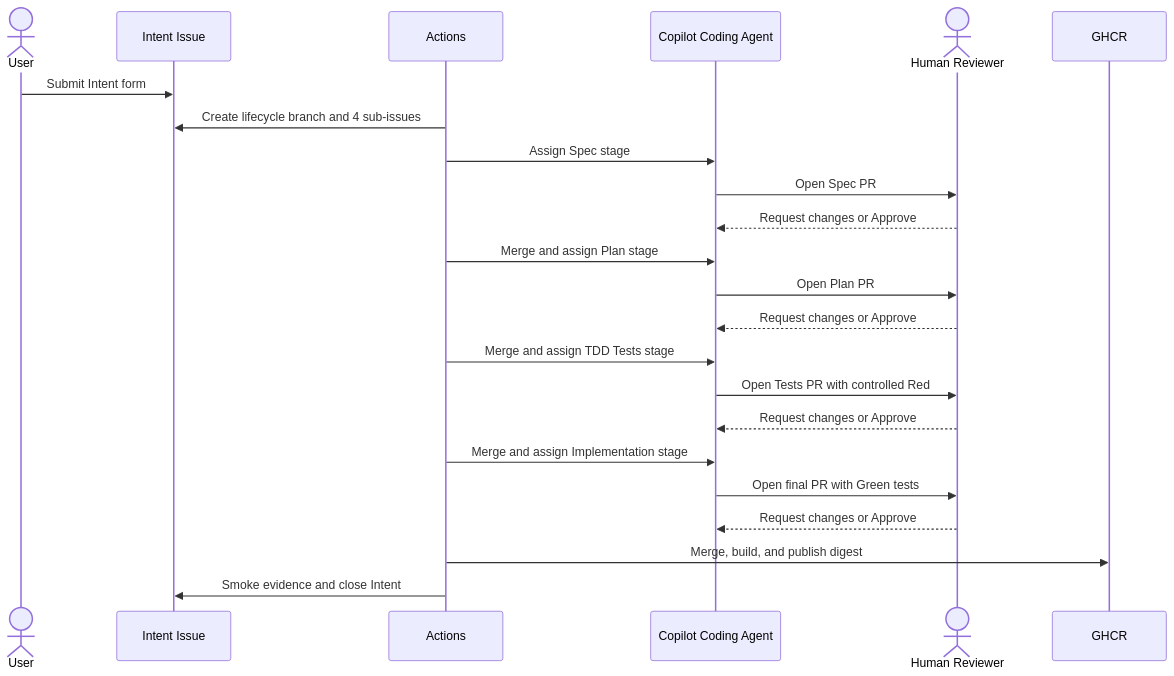
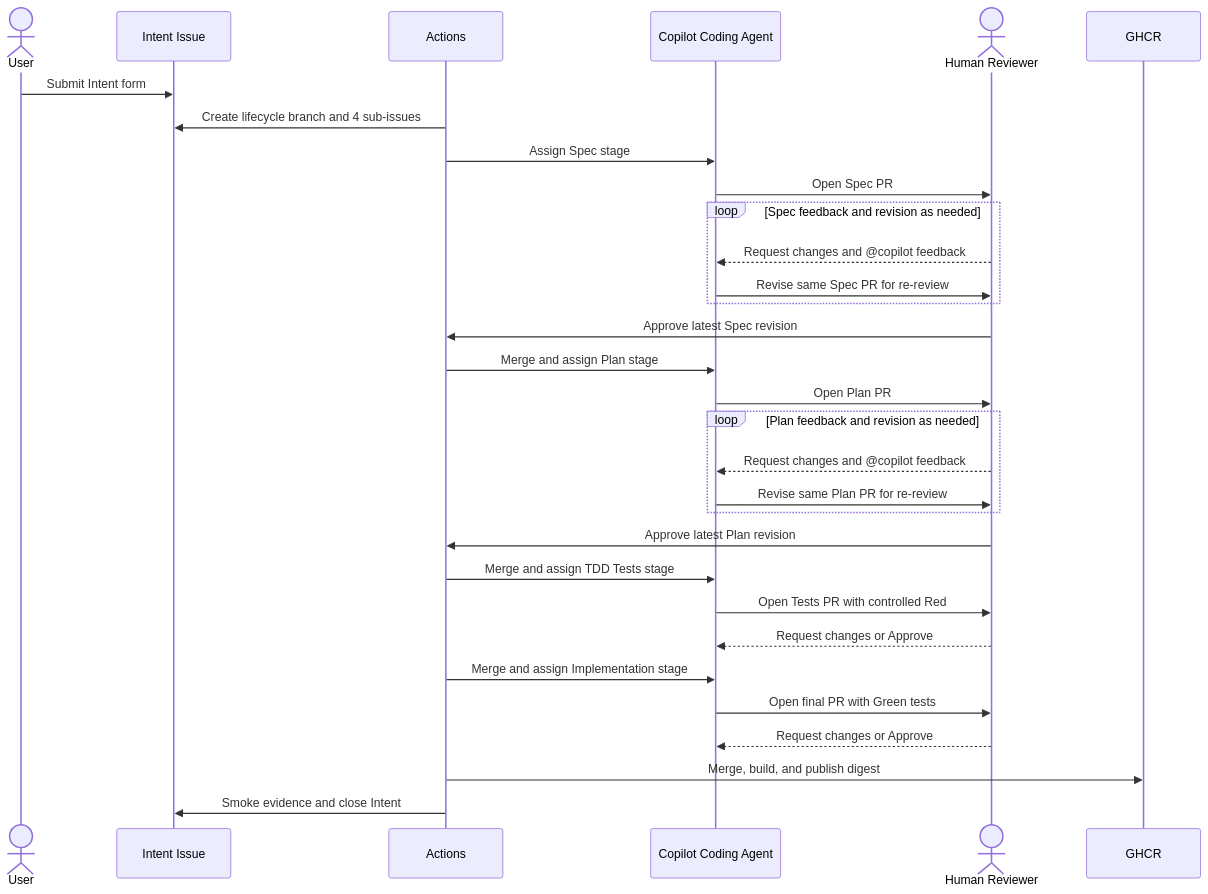
The diagram in docs/brownfield-human-gated-delivery.md (huangyingting/ai-native-sdlc), drawn with Mermaid before and after one commit. The commit also changed other lines of this file and 7 other files, not shown here.

````diff
--- a/docs/brownfield-human-gated-delivery.md
+++ b/docs/brownfield-human-gated-delivery.md
@@ -18,26 +23,34 @@
 ```mermaid
 sequenceDiagram
     actor User
     participant Issue as Intent Issue
     participant Actions
     participant Copilot as Copilot Coding Agent
     actor Reviewer as Human Reviewer
     participant GHCR
 
     User->>Issue: Submit Intent form
     Actions->>Issue: Create lifecycle branch and 4 sub-issues
     Actions->>Copilot: Assign Spec stage
     Copilot->>Reviewer: Open Spec PR
-    Reviewer-->>Copilot: Request changes or Approve
+    loop Spec feedback and revision as needed
+        Reviewer-->>Copilot: Request changes and @copilot feedback
+        Copilot->>Reviewer: Revise same Spec PR for re-review
+    end
+    Reviewer->>Actions: Approve latest Spec revision
     Actions->>Copilot: Merge and assign Plan stage
     Copilot->>Reviewer: Open Plan PR
-    Reviewer-->>Copilot: Request changes or Approve
+    loop Plan feedback and revision as needed
+        Reviewer-->>Copilot: Request changes and @copilot feedback
+        Copilot->>Reviewer: Revise same Plan PR for re-review
+    end
+    Reviewer->>Actions: Approve latest Plan revision
     Actions->>Copilot: Merge and assign TDD Tests stage
     Copilot->>Reviewer: Open Tests PR with controlled Red
     Reviewer-->>Copilot: Request changes or Approve
     Actions->>Copilot: Merge and assign Implementation stage
     Copilot->>Reviewer: Open final PR with Green tests
     Reviewer-->>Copilot: Request changes or Approve
     Actions->>GHCR: Merge, build, and publish digest
     Actions->>Issue: Smoke evidence and close Intent
 ```
````
